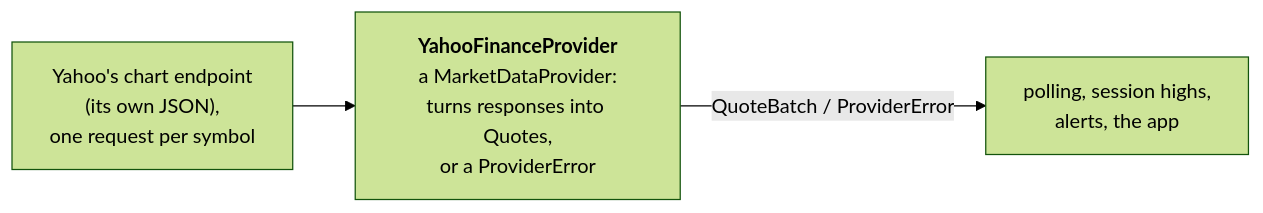
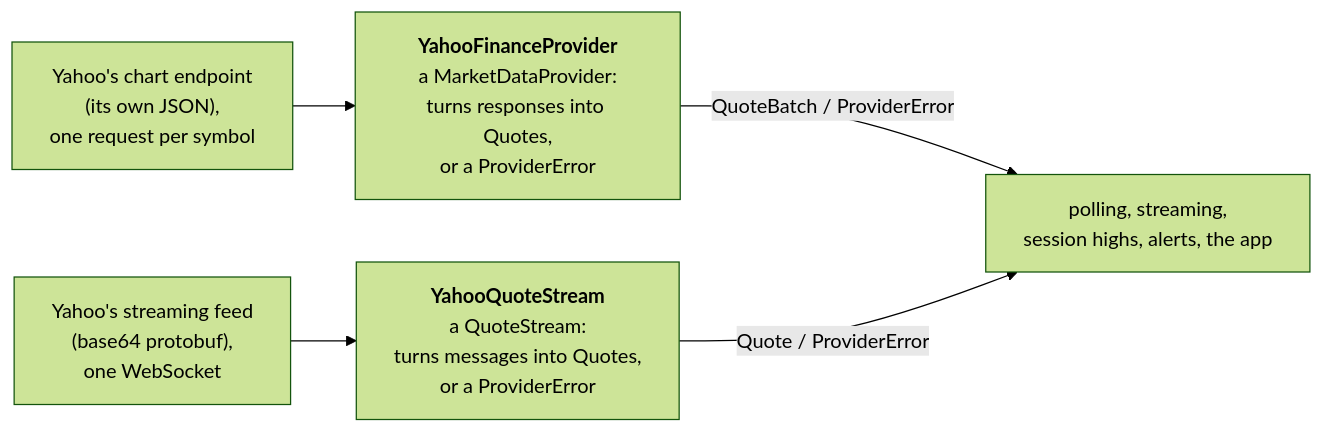
One commit to nikpietanze/vettira changed the diagram in docs/providers.md. Above: the diagram before and after it, drawn with Mermaid (forest theme). The commit also changed other lines of this file and 31 other files, not shown here.

Commit message:
Stream prices from Yahoo's streaming feed, with polling as the fallback

````diff
--- a/docs/providers.md
+++ b/docs/providers.md
@@ -87,7 +143,10 @@
 ```mermaid
 flowchart LR
     api["Yahoo's chart endpoint<br/>(its own JSON),<br/>one request per symbol"]
+    feed["Yahoo's streaming feed<br/>(base64 protobuf),<br/>one WebSocket"]
     provider["<b>YahooFinanceProvider</b><br/>a MarketDataProvider:<br/>turns responses into Quotes,<br/>or a ProviderError"]
-    rest["polling, session highs,<br/>alerts, the app"]
+    stream["<b>YahooQuoteStream</b><br/>a QuoteStream:<br/>turns messages into Quotes,<br/>or a ProviderError"]
+    rest["polling, streaming,<br/>session highs, alerts, the app"]
     api --> provider -- "QuoteBatch / ProviderError" --> rest
+    feed --> stream -- "Quote / ProviderError" --> rest
 ```
````
